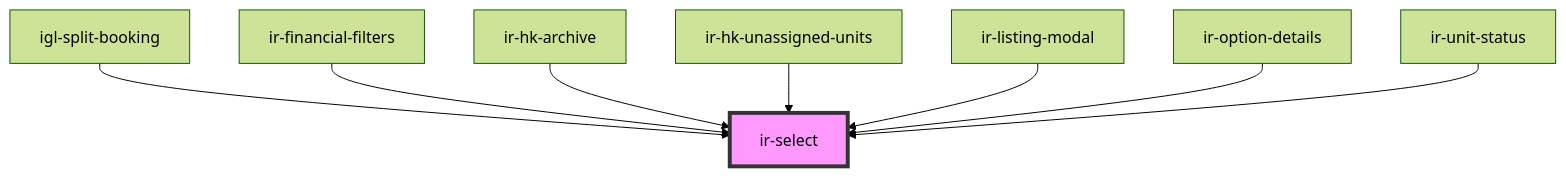
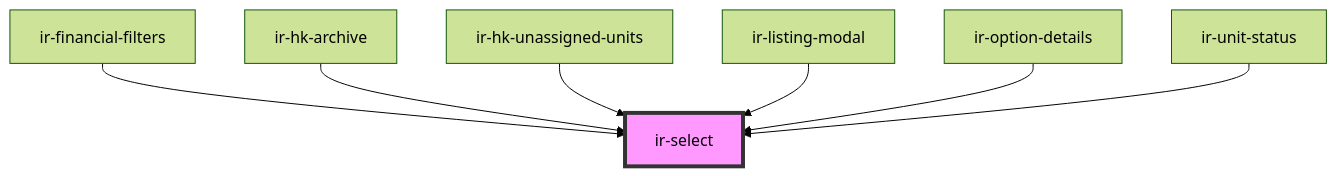
The diagram in src/components/ui/ir-select/readme.md (RonyRizk/ir-webcmp), drawn with Mermaid (forest theme) before and after one commit. The commit also changed other lines of this file and 857 other files, not shown here.

````diff
--- a/src/components/ui/ir-select/readme.md
+++ b/src/components/ui/ir-select/readme.md
@@ -70,11 +69,10 @@
 ```mermaid
 graph TD;
-  igl-split-booking --> ir-select
   ir-financial-filters --> ir-select
   ir-hk-archive --> ir-select
   ir-hk-unassigned-units --> ir-select
   ir-listing-modal --> ir-select
   ir-option-details --> ir-select
   ir-unit-status --> ir-select
   style ir-select fill:#f9f,stroke:#333,stroke-width:4px
 ```
````
